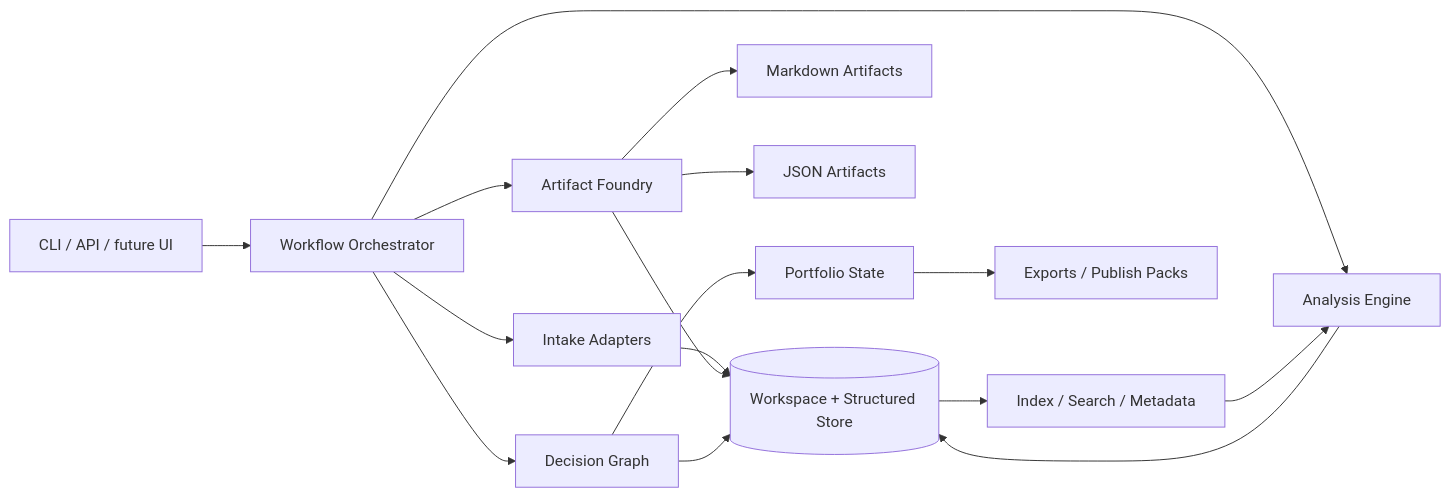
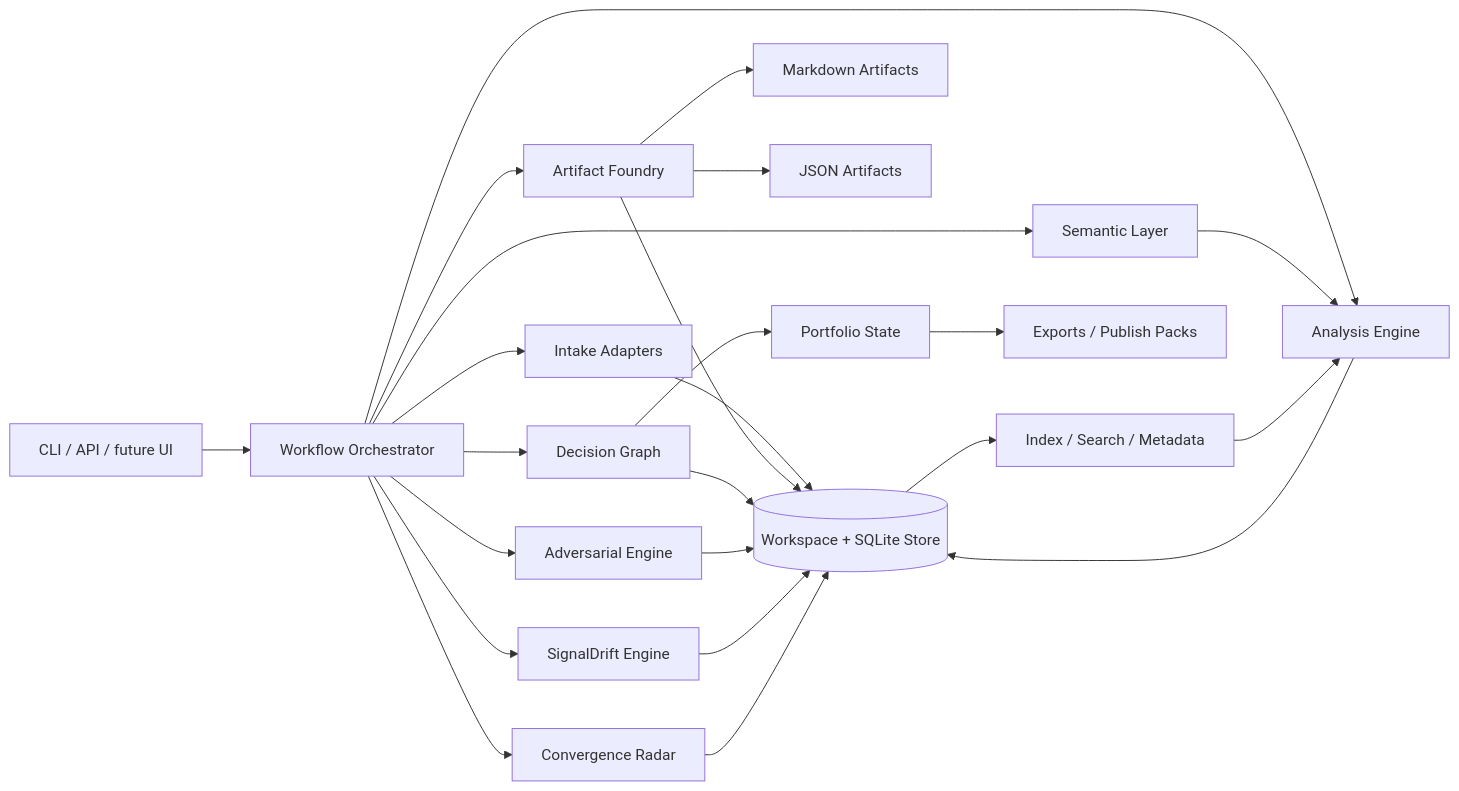
The second of 2 diagrams in docs/architecture.md (0shadow-Architect0/signalforge), drawn with Mermaid before and after one commit. The commit also changed other lines of this file and 3 other files, not shown here.

````diff
--- a/docs/architecture.md
+++ b/docs/architecture.md
@@ -104,18 +192,26 @@
 ```mermaid
 flowchart LR
     UI[CLI / API / future UI] --> ORCH[Workflow Orchestrator]
     ORCH --> IN[Intake Adapters]
     ORCH --> AN[Analysis Engine]
+    ORCH --> SEM[Semantic Layer]
     ORCH --> AF[Artifact Foundry]
     ORCH --> DG[Decision Graph]
-    IN --> STORE[(Workspace + Structured Store)]
+    ORCH --> ADV[Adversarial Engine]
+    ORCH --> DRIFT[SignalDrift Engine]
+    ORCH --> CONV[Convergence Radar]
+    IN --> STORE[(Workspace + SQLite Store)]
     AN --> STORE
+    SEM --> AN
     AF --> STORE
     DG --> STORE
+    ADV --> STORE
+    DRIFT --> STORE
+    CONV --> STORE
     STORE --> IDX[Index / Search / Metadata]
     IDX --> AN
     AF --> OUT1[Markdown Artifacts]
     AF --> OUT2[JSON Artifacts]
     DG --> OUT3[Portfolio State]
     OUT3 --> EX[Exports / Publish Packs]
 ```
````
